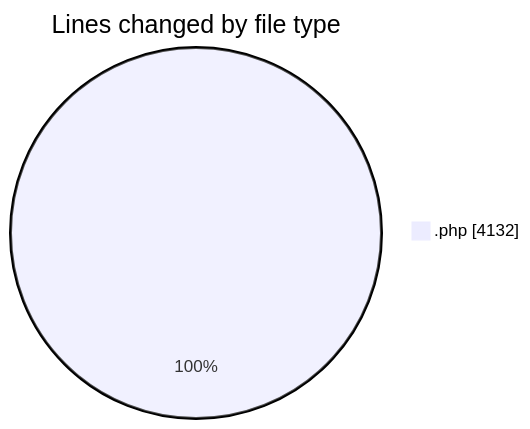
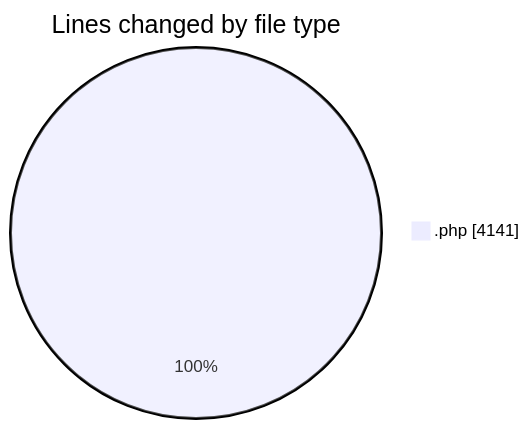
Before and after one commit to LanceThiago/code-tracking: the first of 2 diagrams in 2025-08-08/web/README.md, drawn with Mermaid. The commit also changed other lines of this file and 1 other file, not shown here.

````diff
--- a/2025-08-08/web/README.md
+++ b/2025-08-08/web/README.md
@@ -23,5 +23,5 @@
 ```mermaid
 pie showData
 title Lines changed by file type
-".php" : 4132
+".php" : 4141
 ```
````
